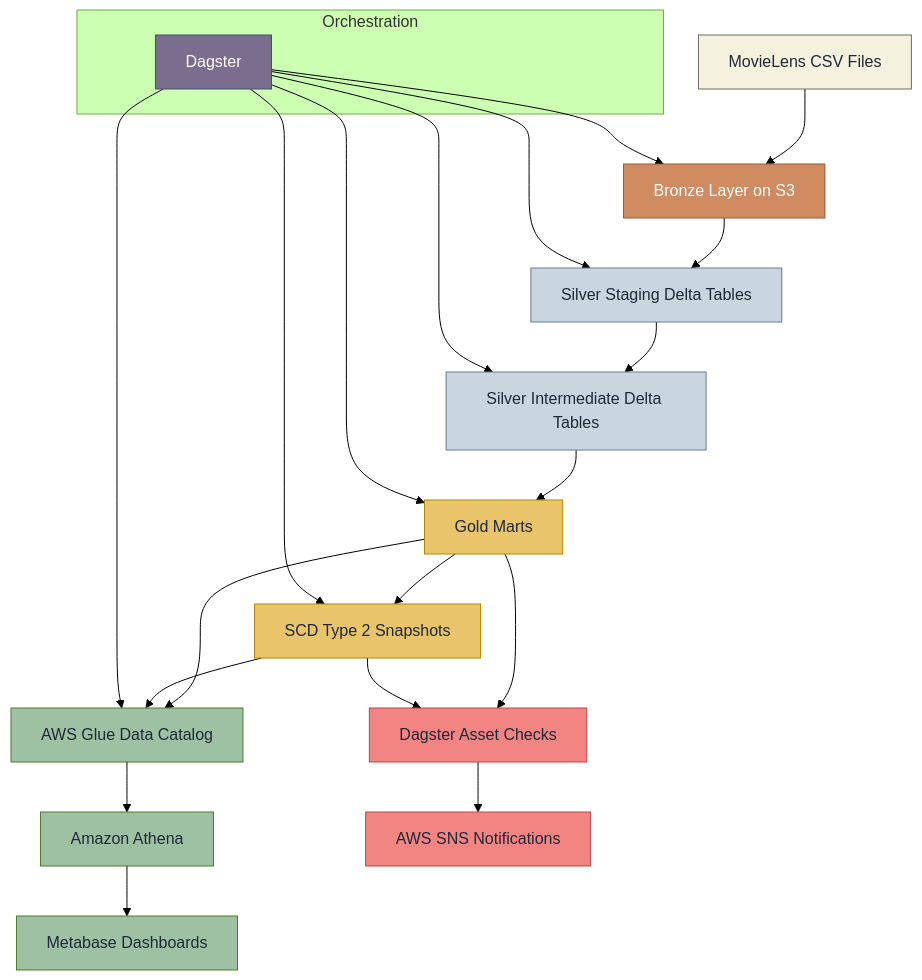
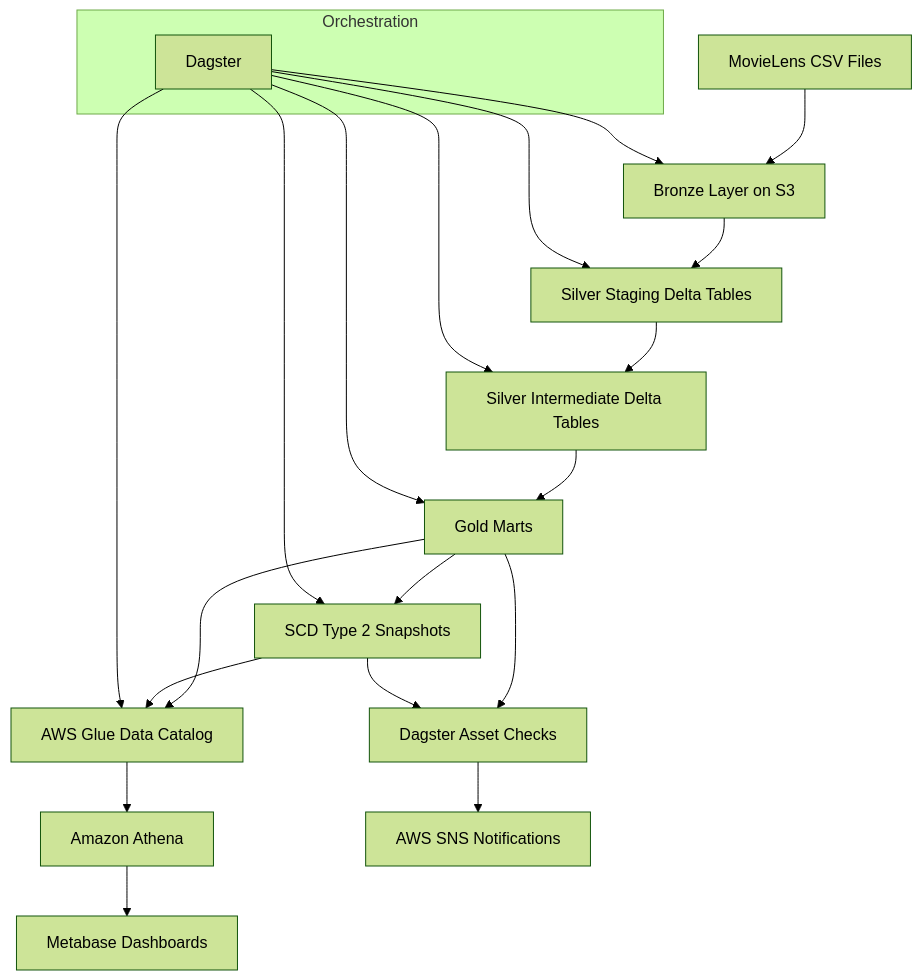
One commit to audihop354/ReelData-Warehouse changed the first of 2 diagrams in Readme.MD. Above: the diagram before and after it, drawn with Mermaid (forest theme). The commit also changed other lines of this file, not shown here.

````diff
--- a/Readme.MD
+++ b/Readme.MD
@@ -41,42 +41,26 @@
 ```mermaid
 flowchart TD
     A[MovieLens CSV Files] --> B[Bronze Layer on S3]
     B --> C[Silver Staging Delta Tables]
     C --> D[Silver Intermediate Delta Tables]
     D --> E[Gold Marts]
     E --> F[SCD Type 2 Snapshots]
     E --> G[AWS Glue Data Catalog]
     F --> G
     G --> H[Amazon Athena]
     H --> I[Metabase Dashboards]
     E --> J[Dagster Asset Checks]
     F --> J
     J --> K[AWS SNS Notifications]
 
     subgraph Orchestration
         L[Dagster]
     end
 
     L --> B
     L --> C
     L --> D
     L --> E
     L --> F
     L --> G
-
-    classDef source fill:#f4f1de,stroke:#6b705c,stroke-width:1px,color:#1f2937;
-    classDef bronze fill:#d08c60,stroke:#8b5e3c,stroke-width:1px,color:#ffffff;
-    classDef silver fill:#c9d6df,stroke:#6b7a8f,stroke-width:1px,color:#1f2937;
-    classDef gold fill:#e9c46a,stroke:#b08900,stroke-width:1px,color:#1f2937;
-    classDef serving fill:#9ec1a3,stroke:#4f772d,stroke-width:1px,color:#1f2937;
-    classDef quality fill:#f28482,stroke:#bc4749,stroke-width:1px,color:#1f2937;
-    classDef orchestration fill:#7b6d8d,stroke:#4a4e69,stroke-width:1px,color:#ffffff;
-
-    class A source;
-    class B bronze;
-    class C,D silver;
-    class E,F gold;
-    class G,H,I serving;
-    class J,K quality;
-    class L orchestration;
 ```
````
